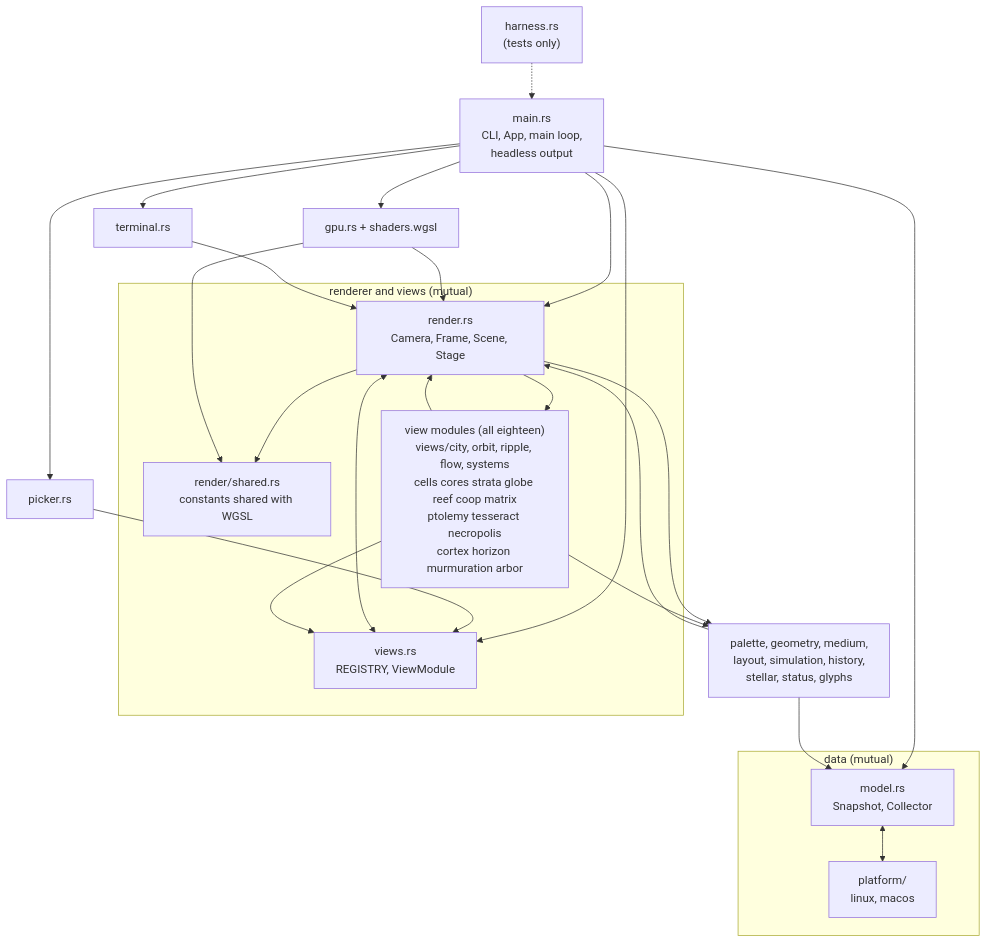
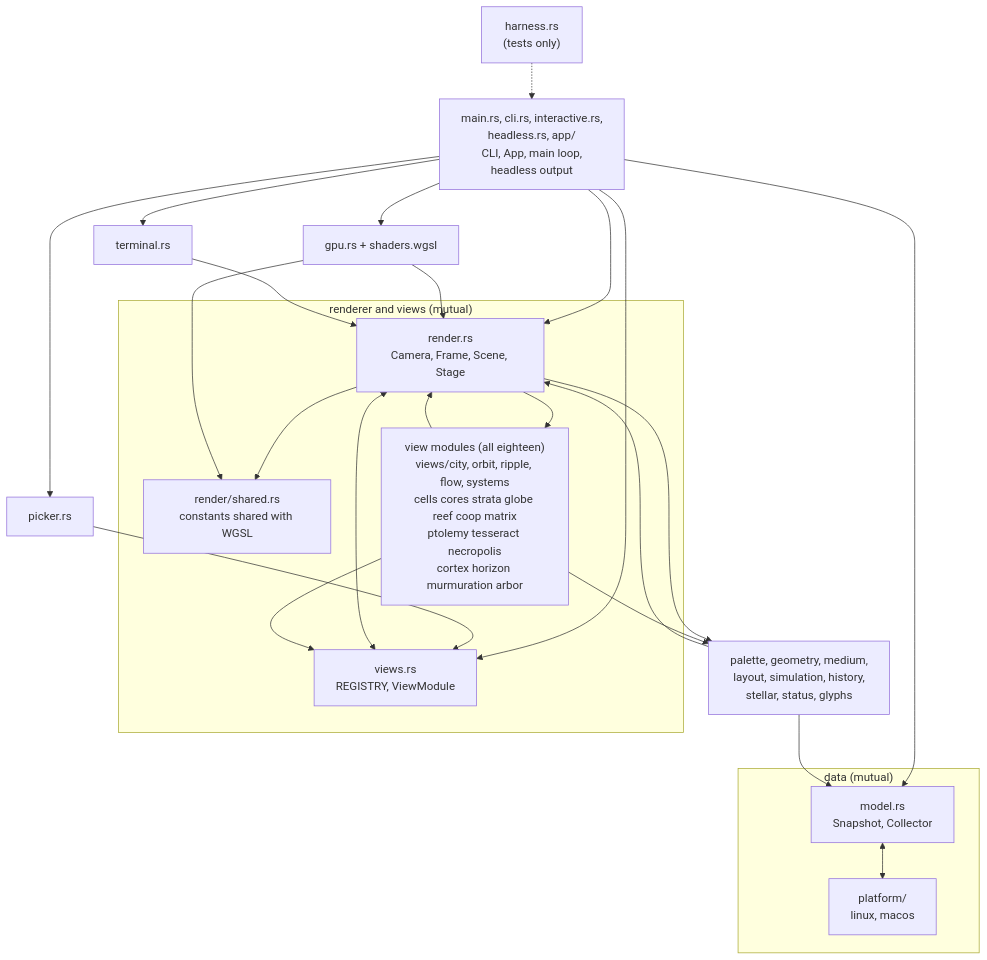
The second of 2 diagrams in wiki/Theory-Overview.md (tfpickard/isotop), drawn with Mermaid before and after one commit. The commit also changed other lines of this file and 150 other files, not shown here.

````diff
--- a/wiki/Theory-Overview.md
+++ b/wiki/Theory-Overview.md
@@ -73,40 +73,40 @@
 ```mermaid
 flowchart TD
-    main["main.rs<br/>CLI, App, main loop,<br/>headless output"]
+    main["main.rs, cli.rs, interactive.rs,<br/>headless.rs, app/<br/>CLI, App, main loop,<br/>headless output"]
     harness["harness.rs<br/>(tests only)"]
     gpu["gpu.rs + shaders.wgsl"]
     terminal["terminal.rs"]
     picker["picker.rs"]
     subgraph RV["renderer and views (mutual)"]
       render["render.rs<br/>Camera, Frame, Scene, Stage"]
       shared["render/shared.rs<br/>constants shared with WGSL"]
       views["views.rs<br/>REGISTRY, ViewModule"]
       modules["view modules (all eighteen)<br/>views/city, orbit, ripple, flow, systems<br/>cells cores strata globe reef coop matrix<br/>ptolemy tesseract necropolis<br/>cortex horizon murmuration arbor"]
     end
     helpers["palette, geometry, medium,<br/>layout, simulation, history,<br/>stellar, status, glyphs"]
     subgraph DATA["data (mutual)"]
       model["model.rs<br/>Snapshot, Collector"]
       platform["platform/<br/>linux, macos"]
     end
     main --> gpu
     main --> terminal
     main --> picker
     main --> render
     main --> views
     main --> model
     harness -.-> main
     gpu --> render
     terminal --> render
     picker --> views
     render <--> views
     render --> modules
     modules --> render
     modules --> views
     render --> shared
     gpu --> shared
     render --> helpers
     modules --> helpers
     helpers --> model
     helpers --> render
     model <--> platform
 ```
````
